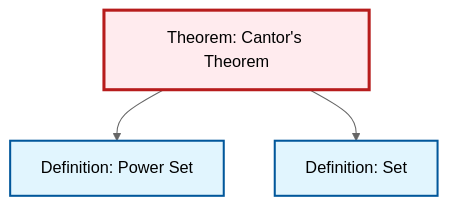
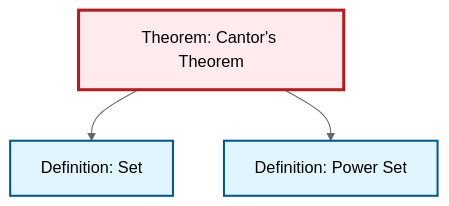
One commit to RK0429/ModernMath changed the second of 2 diagrams in content/en/logic-set-theory/thm-cantor.qmd. Above: the diagram before and after it, drawn with Mermaid (neutral theme). The commit also changed other lines of this file and 491 other files, not shown here.

````diff
--- a/content/en/logic-set-theory/thm-cantor.qmd
+++ b/content/en/logic-set-theory/thm-cantor.qmd
@@ -70,17 +70,17 @@
 ```{mermaid}
 %%| fig-cap: "Local dependency graph"
 graph TD
     classDef definition fill:#e1f5fe,stroke:#01579b,stroke-width:2px
     classDef theorem fill:#f3e5f5,stroke:#4a148c,stroke-width:2px
     classDef axiom fill:#fff3e0,stroke:#e65100,stroke-width:2px
     classDef example fill:#e8f5e9,stroke:#1b5e20,stroke-width:2px
     classDef current fill:#ffebee,stroke:#b71c1c,stroke-width:3px
+    def-set["Definition: Set"]:::definition
     def-power-set["Definition: Power Set"]:::definition
     thm-cantor["Theorem: Cantor's Theorem"]:::theorem
-    def-set["Definition: Set"]:::definition
+    thm-cantor --> def-set
     thm-cantor --> def-power-set
-    thm-cantor --> def-set
     class thm-cantor current
+    click def-set "def-set.html" "Go to Set definition"
     click def-power-set "def-power-set.html" "Go to Power Set definition"
-    click def-set "def-set.html" "Go to Set definition"
 ```
````
